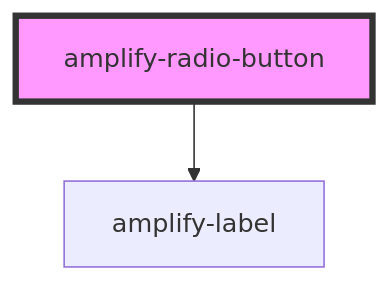
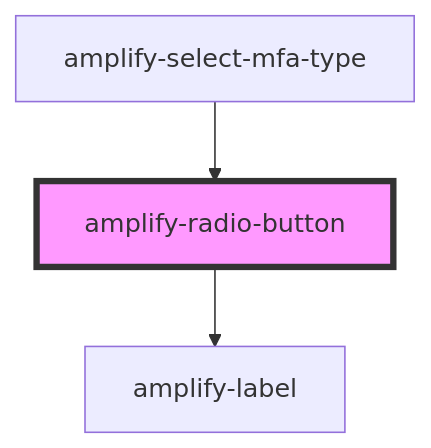
One commit to OneDev0411/amplify-js changed the diagram in packages/amplify-ui-components/src/components/amplify-radio-button/readme.md. Above: the diagram before and after it, drawn with Mermaid. The commit also changed other lines of this file and 30 other files, not shown here.

First line of the commit message:
feat: (@aws-amplify/ui-components) TOTP / Select MFA Type Components (#4548)

````diff
--- a/packages/amplify-ui-components/src/components/amplify-radio-button/readme.md
+++ b/packages/amplify-ui-components/src/components/amplify-radio-button/readme.md
@@ -28,5 +34,6 @@
 ```mermaid
 graph TD;
   amplify-radio-button --> amplify-label
+  amplify-select-mfa-type --> amplify-radio-button
   style amplify-radio-button fill:#f9f,stroke:#333,stroke-width:4px
 ```
````
